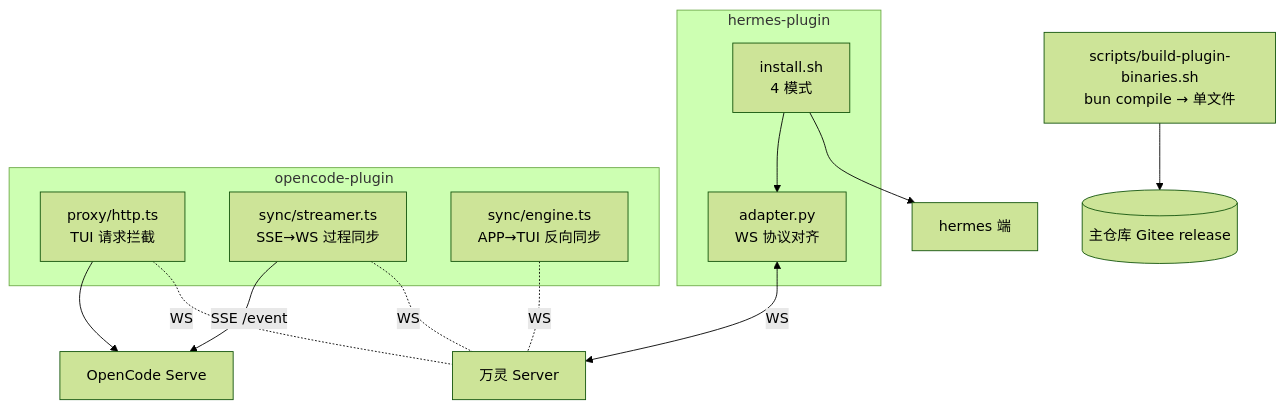
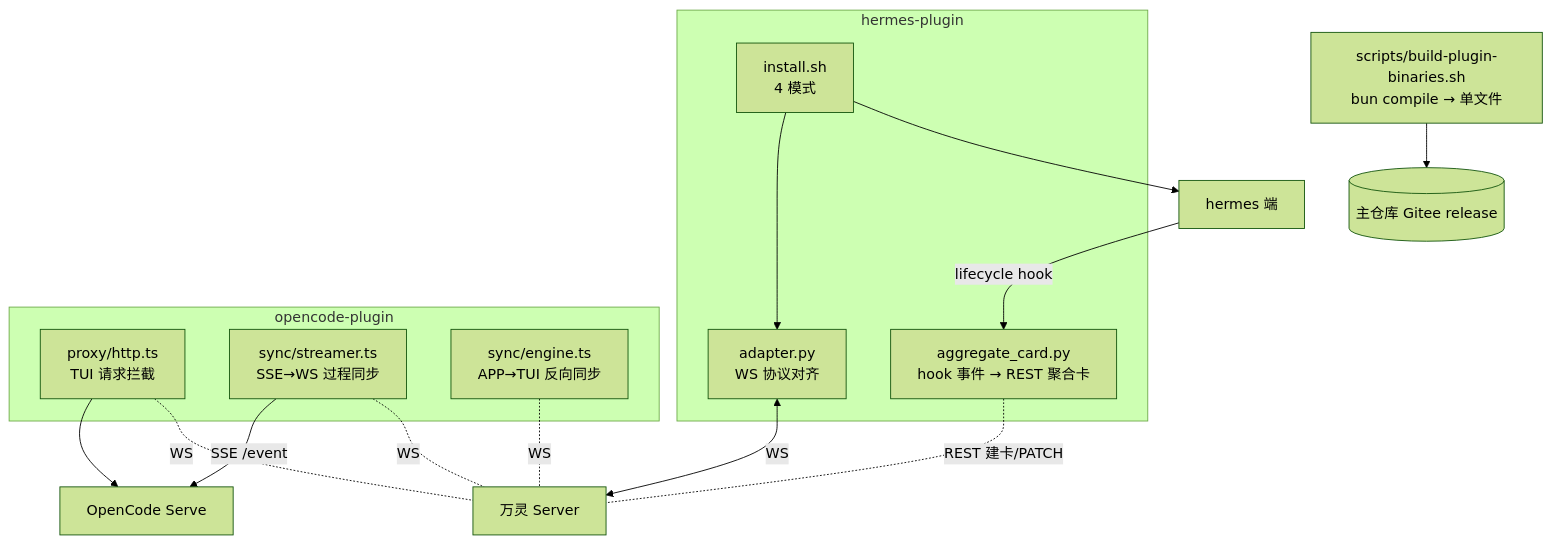
Before and after one commit to luoyu318/wanling: the diagram in docs/architecture/plugin.md, drawn with Mermaid (forest theme). The commit also changed other lines of this file and 13 other files, not shown here.

````diff
--- a/docs/architecture/plugin.md
+++ b/docs/architecture/plugin.md
@@ -7,28 +7,31 @@
 ```mermaid
 flowchart TB
     subgraph hermes-plugin
         HINSTALL[install.sh<br/>4 模式]
         HADAPTER[adapter.py<br/>WS 协议对齐]
+        HAGG[aggregate_card.py<br/>hook 事件 → REST 聚合卡]
     end
     subgraph opencode-plugin
         OPROXY[proxy/http.ts<br/>TUI 请求拦截]
         OSTREAMER[sync/streamer.ts<br/>SSE→WS 过程同步]
         OSYNC[sync/engine.ts<br/>APP→TUI 反向同步]
     end
     PUBLISH[scripts/build-plugin-binaries.sh<br/>bun compile → 单文件]
 
     SERVER[万灵 Server]
     REL[(主仓库 Gitee release)]
     HERMES[hermes 端]
     OC[OpenCode Serve]
 
     HINSTALL --> HADAPTER
     HADAPTER <-->|WS| SERVER
+    HERMES -- lifecycle hook --> HAGG
+    HAGG -. REST 建卡/PATCH .- SERVER
     HINSTALL --> HERMES
     OPROXY --> OC
     OSTREAMER -- SSE /event --> OC
     OPROXY -. WS .- SERVER
     OSTREAMER -. WS .- SERVER
     OSYNC -. WS .- SERVER
     PUBLISH --> REL
 ```
````
